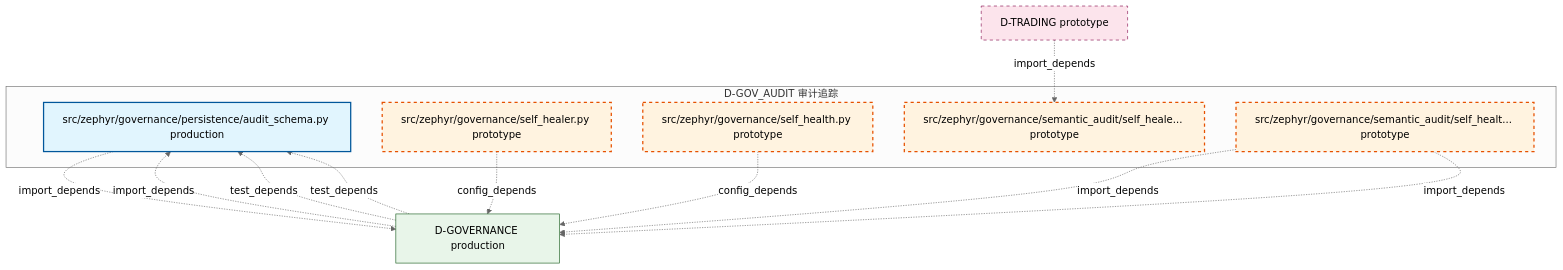
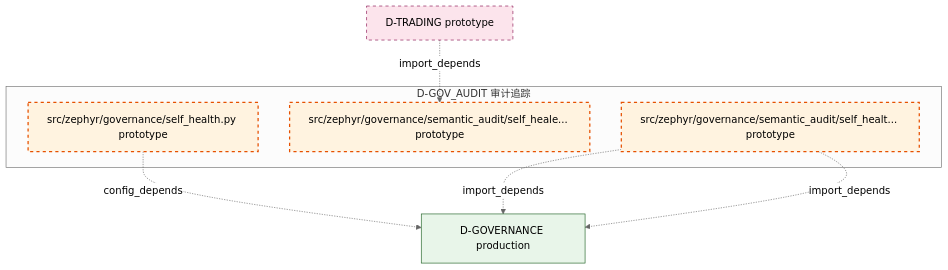
Before and after one commit to xuanFelixVan/ZephyrAlpha: the seventh of 7 diagrams in docs/02_enterprise_architecture/02_domain_architecture_docs/34_d_gov_audit.md, drawn with Mermaid (neutral theme). The commit also changed other lines of this file and 54 other files, not shown here.

````diff
--- a/docs/02_enterprise_architecture/02_domain_architecture_docs/34_d_gov_audit.md
+++ b/docs/02_enterprise_architecture/02_domain_architecture_docs/34_d_gov_audit.md
@@ -727,29 +733,21 @@
 ```mermaid
 graph TD
     subgraph D_GOV_AUDIT["D-GOV_AUDIT 审计追踪"]
-        src_zephyr_governance_persistence_audit_schema_py["src/zephyr/governance/persistence/audit_schema.py production"]
-        src_zephyr_governance_self_healer_py["src/zephyr/governance/self_healer.py prototype"]
         src_zephyr_governance_self_health_py["src/zephyr/governance/self_health.py prototype"]
         src_zephyr_governance_semantic_audit_self_healer_py["src/zephyr/governance/semantic_audit/self_heale... prototype"]
         src_zephyr_governance_semantic_audit_self_health_py["src/zephyr/governance/semantic_audit/self_healt... prototype"]
     end
     D_GOVERNANCE["D-GOVERNANCE production"]
-    src_zephyr_governance_self_healer_py -.->|config_depends| D_GOVERNANCE
     src_zephyr_governance_self_health_py -.->|config_depends| D_GOVERNANCE
-    src_zephyr_governance_persistence_audit_schema_py -.->|import_depends| D_GOVERNANCE
     src_zephyr_governance_semantic_audit_self_health_py -.->|import_depends| D_GOVERNANCE
     src_zephyr_governance_semantic_audit_self_health_py -.->|import_depends| D_GOVERNANCE
-    D_GOVERNANCE -.->|import_depends| src_zephyr_governance_persistence_audit_schema_py
-    D_GOVERNANCE -.->|test_depends| src_zephyr_governance_persistence_audit_schema_py
-    D_GOVERNANCE -.->|test_depends| src_zephyr_governance_persistence_audit_schema_py
     D_TRADING["D-TRADING prototype"]
     D_TRADING -.->|import_depends| src_zephyr_governance_semantic_audit_self_healer_py
     classDef production fill:#e1f5fe,stroke:#01579b,stroke-width:2px,color:#000
     classDef design fill:#fff3e0,stroke:#e65100,stroke-width:2px,color:#000,stroke-dasharray: 5 5
     classDef external_prod fill:#e8f5e9,stroke:#1b5e20,stroke-width:1px,color:#000
     classDef external_design fill:#fce4ec,stroke:#880e4f,stroke-width:1px,color:#000,stroke-dasharray: 5 5
-    class src_zephyr_governance_persistence_audit_schema_py production
-    class src_zephyr_governance_self_healer_py,src_zephyr_governance_self_health_py,src_zephyr_governance_semantic_audit_self_healer_py,src_zephyr_governance_semantic_audit_self_health_py design
+    class src_zephyr_governance_self_health_py,src_zephyr_governance_semantic_audit_self_healer_py,src_zephyr_governance_semantic_audit_self_health_py design
     class D_GOVERNANCE external_prod
     class D_TRADING external_design
 ```
````
